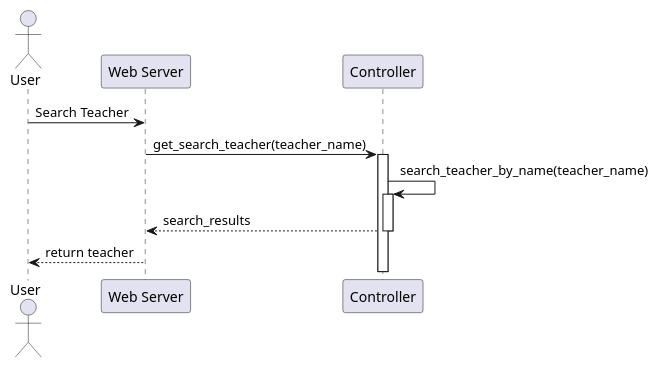
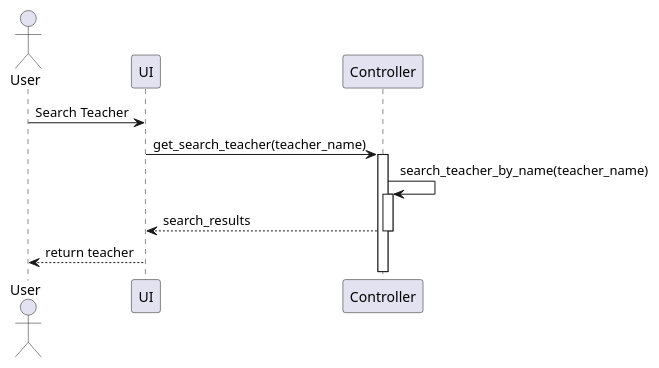
The diagram in diagrams/plantuml/search_teacher.puml (KMITLSuicide/KMITL-ObjectOrientedProgramming-Project), drawn with PlantUML before and after one commit. The commit also changed 9 other files, not shown here.

```diff
--- a/diagrams/plantuml/search_teacher.puml
+++ b/diagrams/plantuml/search_teacher.puml
@@ -1,17 +1,17 @@
-@startuml
+@startuml Search Teacher
 actor User
 
-participant "Web Server" as Server
+participant "UI" as Server
 participant Controller
 
 User -> Server: Search Teacher
 Server -> Controller: get_search_teacher(teacher_name)
 activate Controller
 Controller -> Controller: search_teacher_by_name(teacher_name)
 activate Controller
 Controller --> Server: search_results
 deactivate Controller
 
 Server --> User: return teacher
 
 @enduml
```
